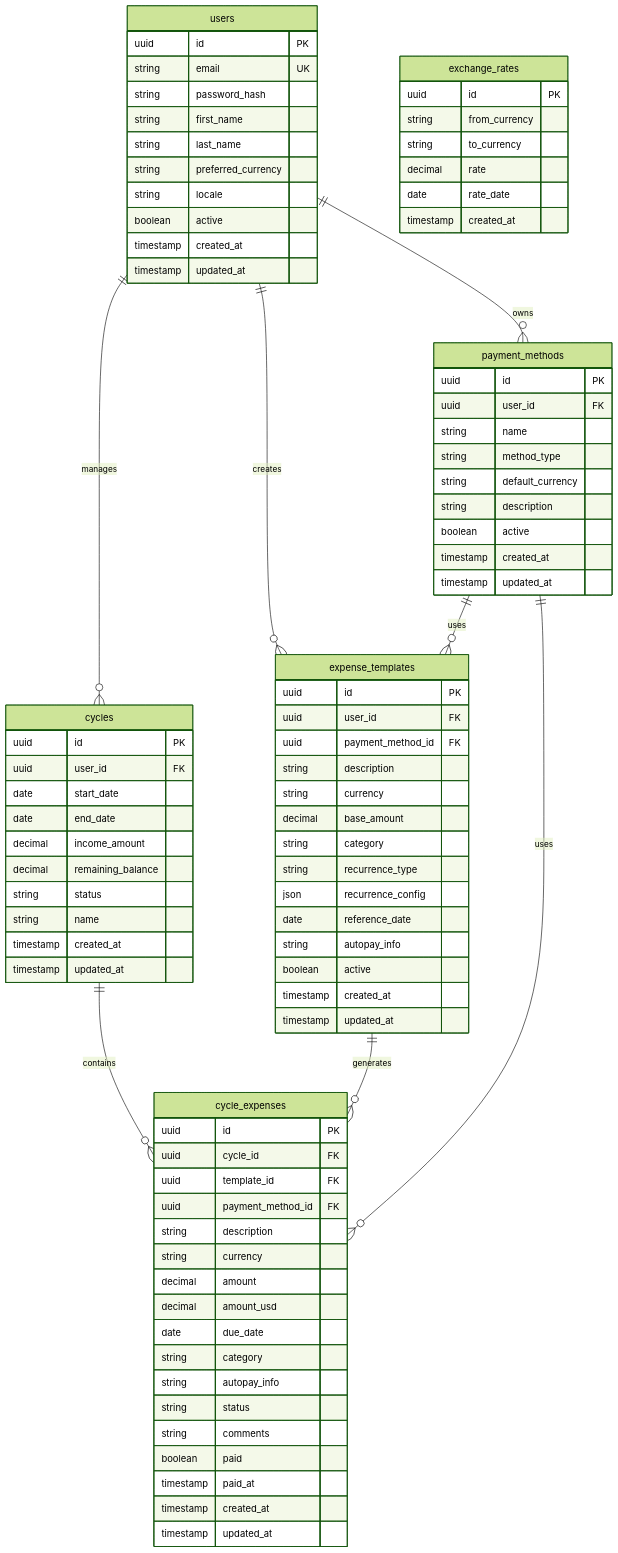
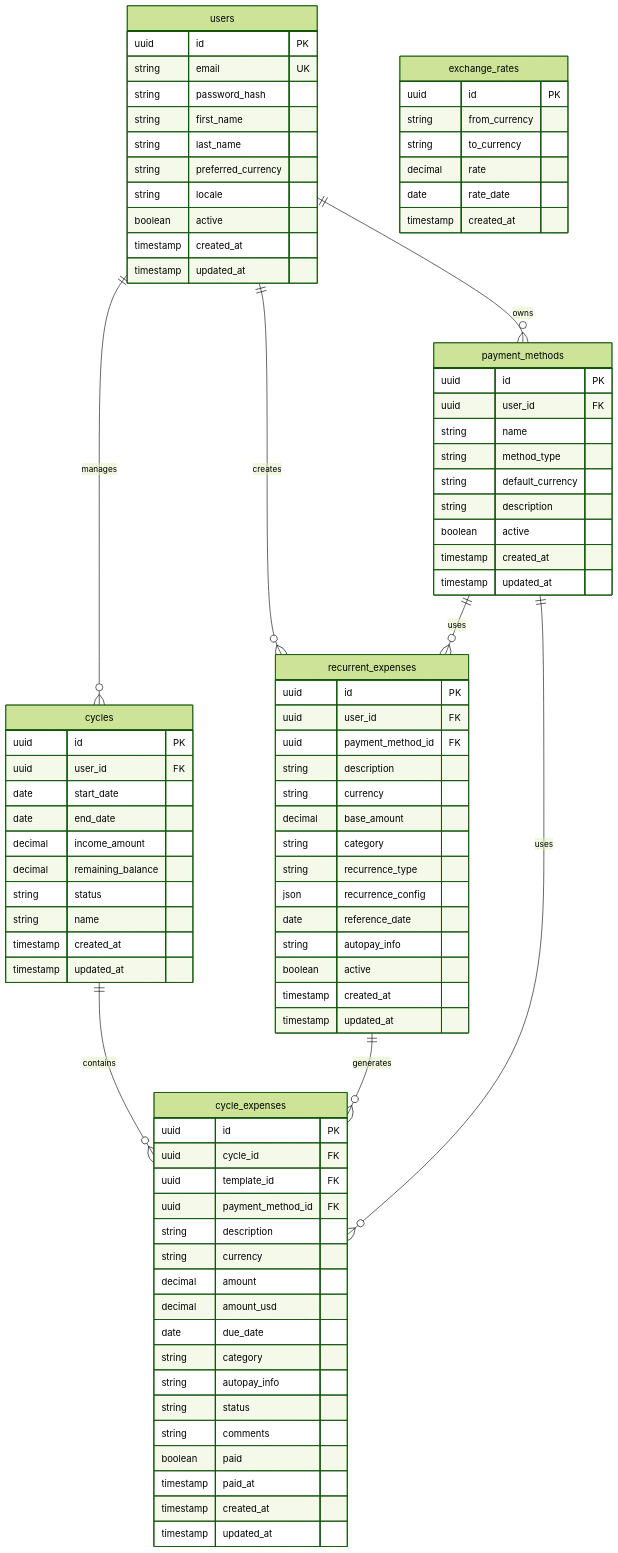
Before and after one commit to jcarranz97/colony: the diagram in docs/architecture/database-schema.md, drawn with Mermaid (forest theme). The commit also changed other lines of this file and 48 other files, not shown here.

Commit message:
Replace expense templates by recurrent expenses (#32)

````diff
--- a/docs/architecture/database-schema.md
+++ b/docs/architecture/database-schema.md
@@ -15,11 +15,11 @@
 ```mermaid
 erDiagram
     users ||--o{ payment_methods : owns
-    users ||--o{ expense_templates : creates
+    users ||--o{ recurrent_expenses : creates
     users ||--o{ cycles : manages
     cycles ||--o{ cycle_expenses : contains
-    expense_templates ||--o{ cycle_expenses : generates
-    payment_methods ||--o{ expense_templates : uses
+    recurrent_expenses ||--o{ cycle_expenses : generates
+    payment_methods ||--o{ recurrent_expenses : uses
     payment_methods ||--o{ cycle_expenses : uses
 
     users {
@@ -47,7 +47,7 @@
         timestamp updated_at
     }
 
-    expense_templates {
+    recurrent_expenses {
         uuid id PK
         uuid user_id FK
         uuid payment_method_id FK
````
